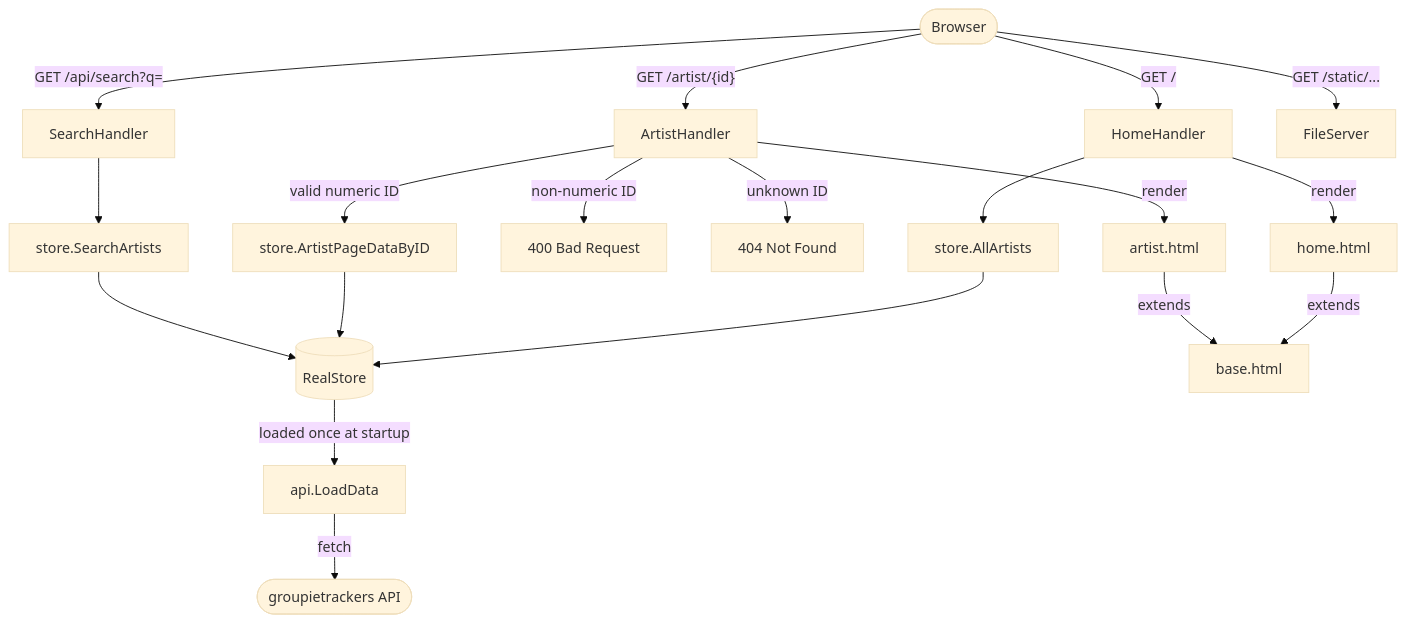
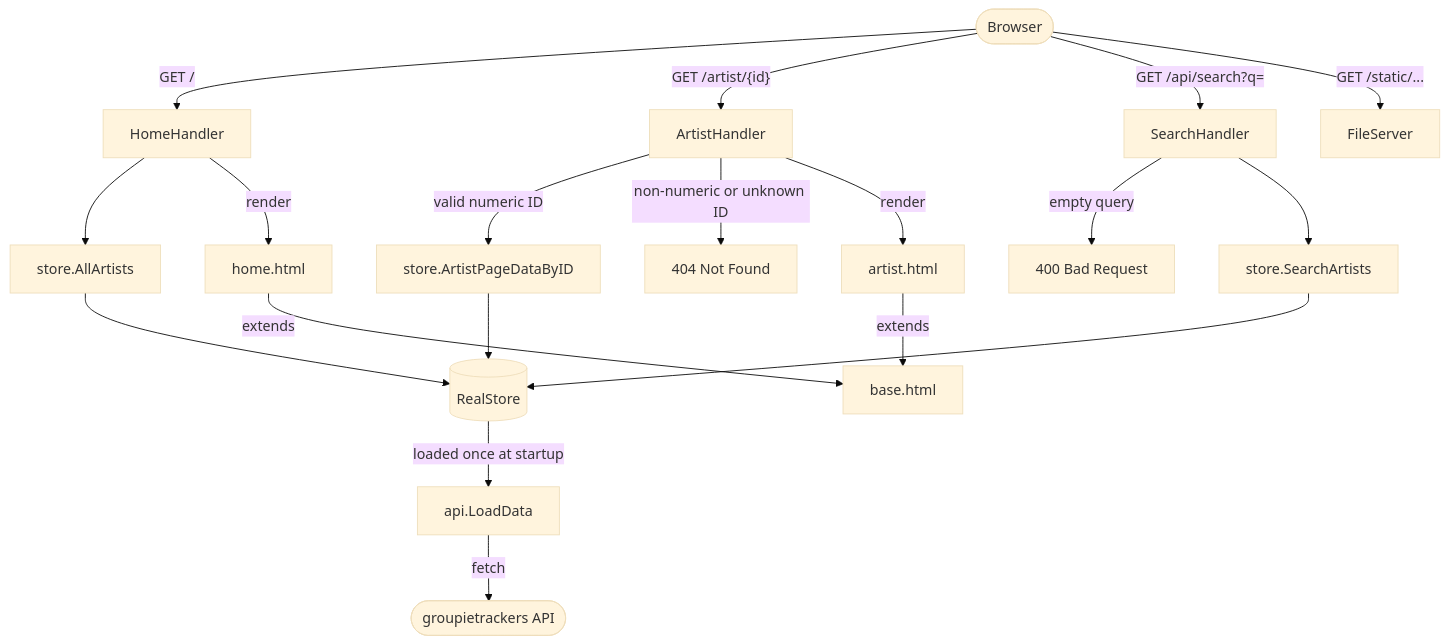
One commit to teovaira/groupie-tracker changed the first of 2 diagrams in DIAGRAMS.md. Above: the diagram before and after it, drawn with Mermaid (base theme).

Commit message:
docs(diagrams): fix ArtistHandler flow — 404 for both non-numeric and unknown IDs, 400 moved to SearchHandler

````diff
--- a/DIAGRAMS.md
+++ b/DIAGRAMS.md
@@ -5,26 +5,26 @@
 ```mermaid
 flowchart TD
     A([Browser]) -->|GET /| B[HomeHandler]
     A -->|"GET /artist/{id}"| C[ArtistHandler]
     A -->|"GET /api/search?q="| D[SearchHandler]
     A -->|"GET /static/..."| E[FileServer]
 
     B --> F[store.AllArtists]
     C -->|valid numeric ID| G[store.ArtistPageDataByID]
-    C -->|non-numeric ID| P[400 Bad Request]
-    C -->|unknown ID| Q[404 Not Found]
+    C -->|non-numeric or unknown ID| Q[404 Not Found]
+    D -->|empty query| P[400 Bad Request]
     D --> H[store.SearchArtists]
 
     F --> I[(RealStore)]
     G --> I
     H --> I
 
     I -->|loaded once at startup| J[api.LoadData]
     J -->|fetch| K([groupietrackers API])
 
     B -->|render| L[home.html]
     C -->|render| M[artist.html]
 
     L -->|extends| N[base.html]
     M -->|extends| N
 ```
````
